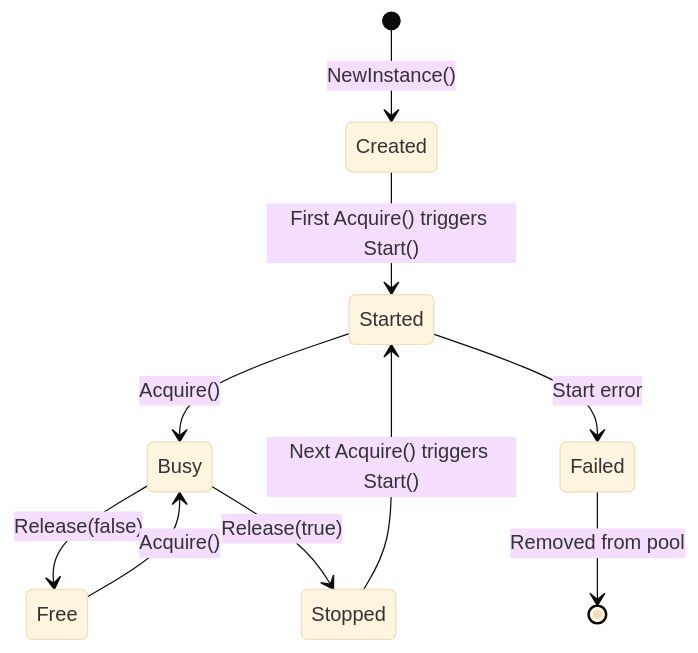
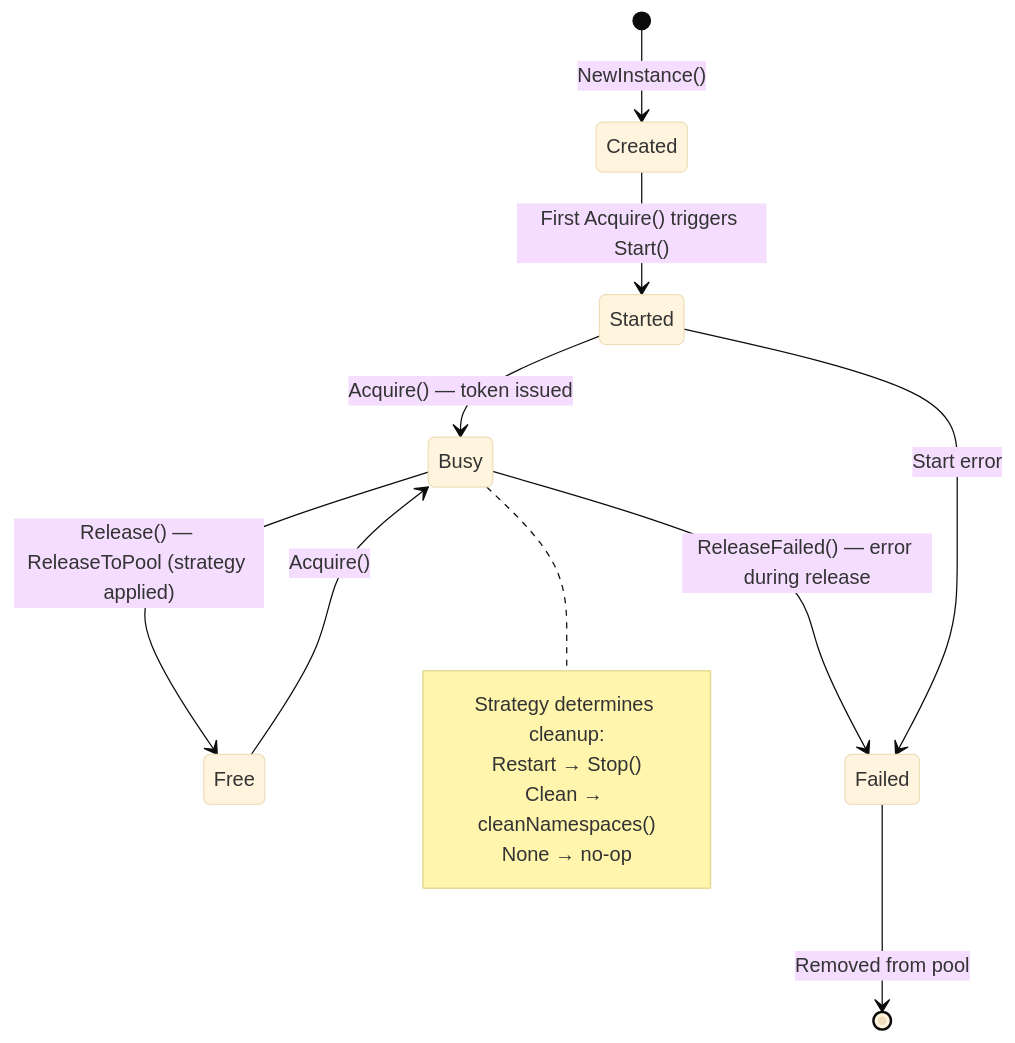
The third of 3 diagrams in docs/reference/data-flow.md (giantswarm/k8senv), drawn with Mermaid (base theme) before and after one commit. The commit also changed other lines of this file and 43 other files, not shown here.

````diff
--- a/docs/reference/data-flow.md
+++ b/docs/reference/data-flow.md
@@ -97,12 +107,18 @@
 ```mermaid
 stateDiagram-v2
     [*] --> Created: NewInstance()
     Created --> Started: First Acquire() triggers Start()
-    Started --> Busy: Acquire()
-    Busy --> Free: Release(false)
+    Started --> Busy: Acquire() — token issued
+    Busy --> Free: Release() — ReleaseToPool (strategy applied)
     Free --> Busy: Acquire()
-    Busy --> Stopped: Release(true)
-    Stopped --> Started: Next Acquire() triggers Start()
+    Busy --> Failed: ReleaseFailed() — error during release
     Started --> Failed: Start error
     Failed --> [*]: Removed from pool
+
+    note right of Busy
+        Strategy determines cleanup:
+        Restart → Stop()
+        Clean → cleanNamespaces()
+        None → no-op
+    end note
 ```
````
